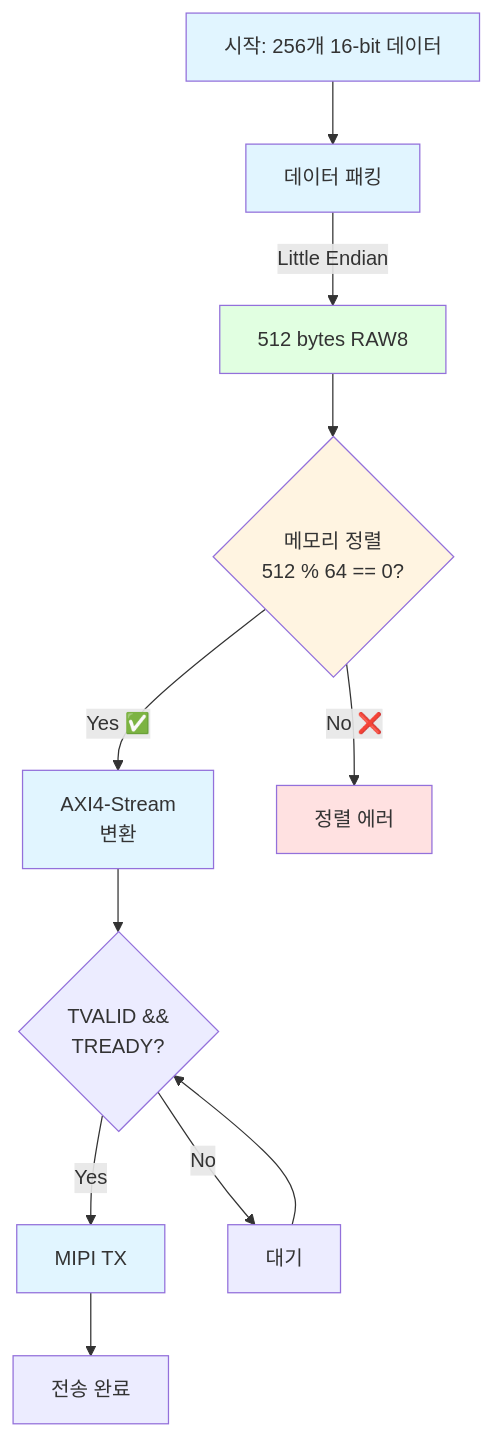
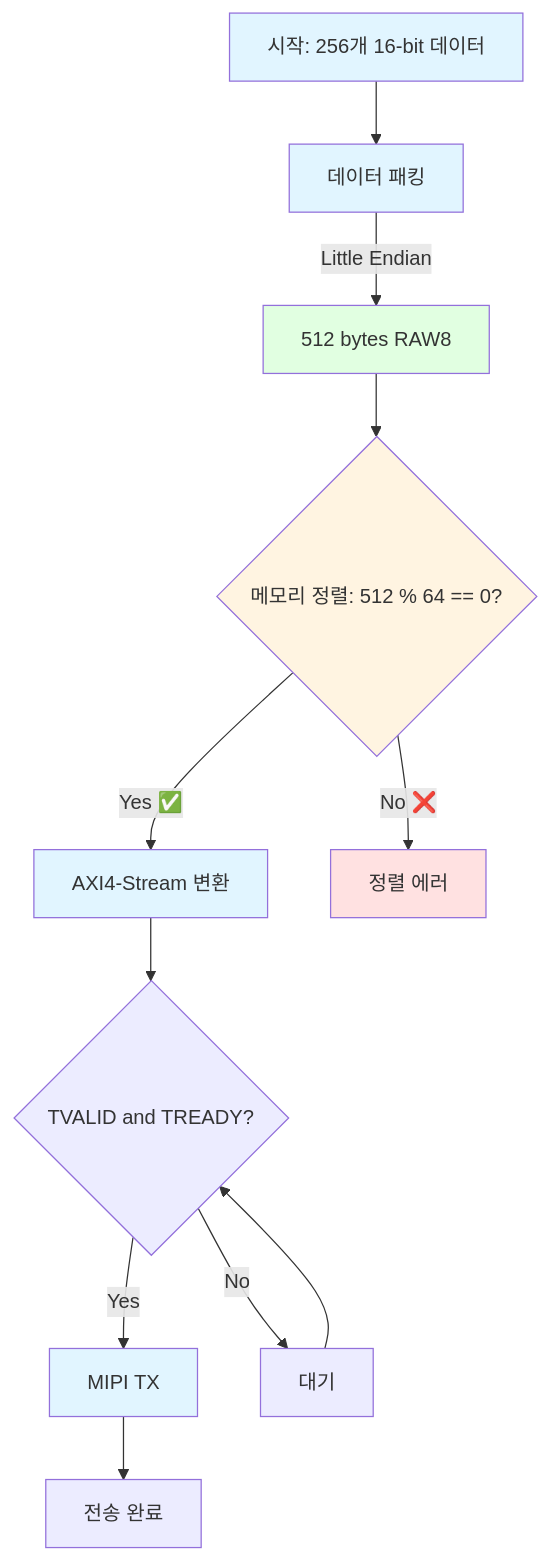
The second of 10 diagrams in agent-guide/system-flow-diagram.md (hnabyz-bot/fpga-imx8mp), drawn with Mermaid before and after one commit. The commit also changed other lines of this file, not shown here.

Commit message:
Fix all HTML br tags in system-flow-diagram.md for GitHub Mermaid compatibility

````diff
--- a/agent-guide/system-flow-diagram.md
+++ b/agent-guide/system-flow-diagram.md
@@ -34,24 +34,24 @@
 ```mermaid
 flowchart TB
     Start[시작: 256개 16-bit 데이터] --> Pack[데이터 패킹]
     Pack --> |Little Endian| Raw8[512 bytes RAW8]
     
-    Raw8 --> Check{메모리 정렬<br/>512 % 64 == 0?}
-    Check -->|Yes ✅| AXI[AXI4-Stream<br/>변환]
+    Raw8 --> Check{메모리 정렬: 512 % 64 == 0?}
+    Check -->|Yes ✅| AXI[AXI4-Stream 변환]
     Check -->|No ❌| Error[정렬 에러]
     
-    AXI --> TVALID{TVALID &&<br/>TREADY?}
+    AXI --> TVALID{TVALID and TREADY?}
     TVALID -->|Yes| TX[MIPI TX]
     TVALID -->|No| Wait[대기]
     Wait --> TVALID
     
     TX --> End[전송 완료]
     
     style Start fill:#e1f5ff
     style Pack fill:#e1f5ff
     style Raw8 fill:#e1ffe1
     style Check fill:#fff4e1
     style Error fill:#ffe1e1
     style AXI fill:#e1f5ff
     style TX fill:#e1f5ff
 ```
````
